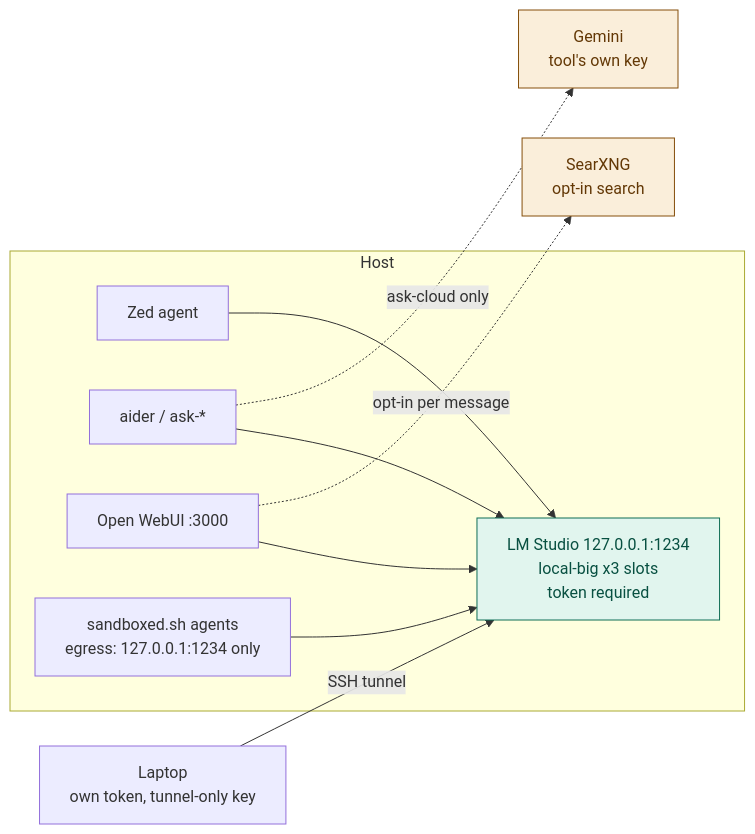
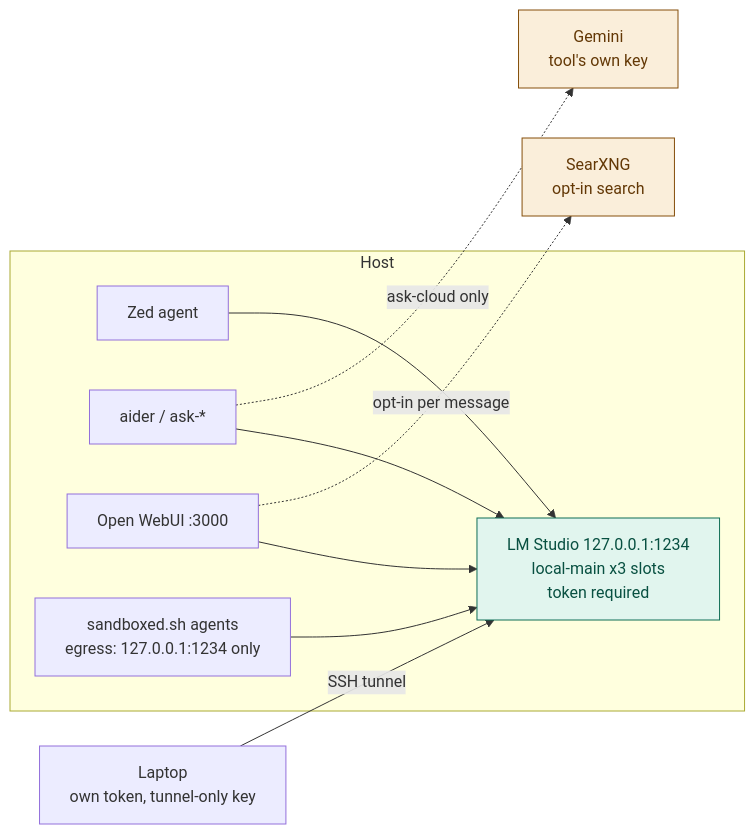
The diagram in README.md (ouster/hearth), drawn with Mermaid before and after one commit. The commit also changed other lines of this file and 27 other files, not shown here.

First line of the commit message:
Rename local-big to local-main (ADR 0021).

````diff
--- a/README.md
+++ b/README.md
@@ -26,26 +26,26 @@
 ```mermaid
 flowchart LR
     subgraph host["Host"]
         zed["Zed agent"]
         aider["aider / ask-*"]
         webui["Open WebUI :3000"]
         sbx["sandboxed.sh agents<br/>egress: 127.0.0.1:1234 only"]
-        lms["LM Studio 127.0.0.1:1234<br/>local-big x3 slots<br/>token required"]
+        lms["LM Studio 127.0.0.1:1234<br/>local-main x3 slots<br/>token required"]
     end
     laptop["Laptop<br/>own token, tunnel-only key"]
     cloud["Gemini<br/>tool's own key"]
     searx["SearXNG<br/>opt-in search"]
 
     zed --> lms
     aider --> lms
     webui --> lms
     sbx --> lms
     laptop -->|"SSH tunnel"| lms
     aider -.->|"ask-cloud only"| cloud
     webui -.->|"opt-in per message"| searx
 
     classDef localCls fill:#E1F5EE,stroke:#0F6E56,color:#085041
     classDef leaveCls fill:#FAEEDA,stroke:#854F0B,color:#633806
     class lms localCls
     class cloud,searx leaveCls
 ```
````
